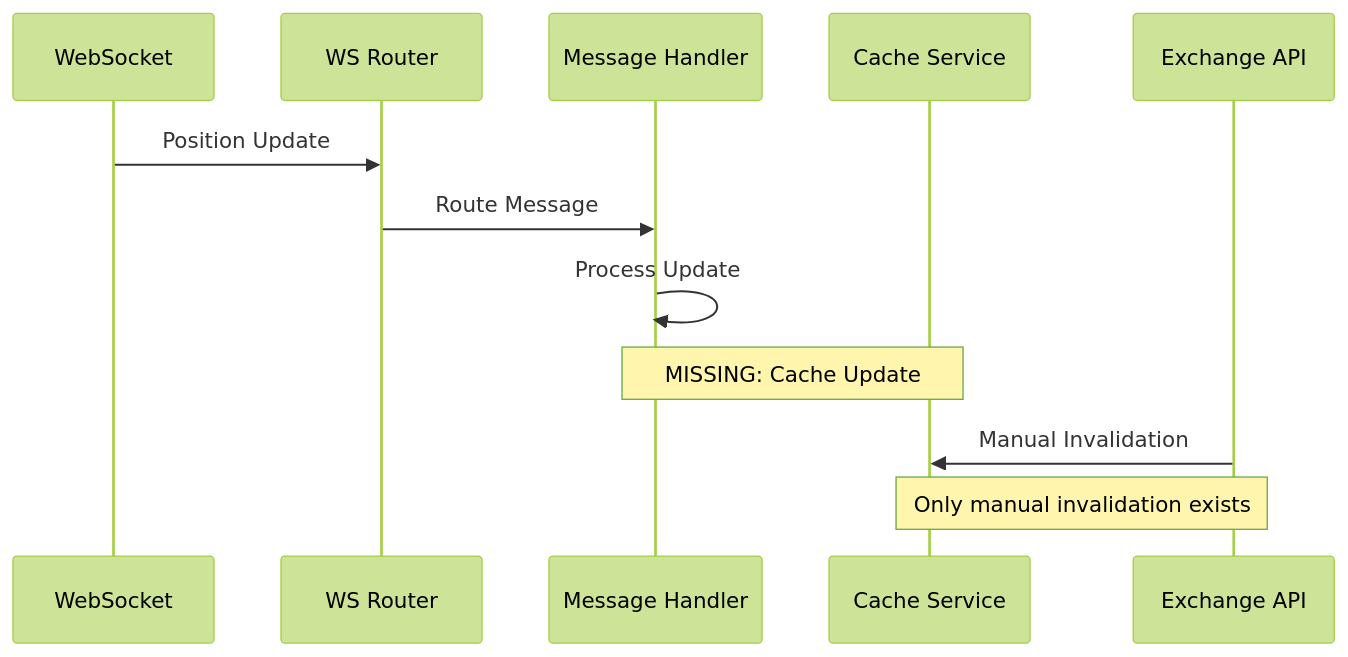
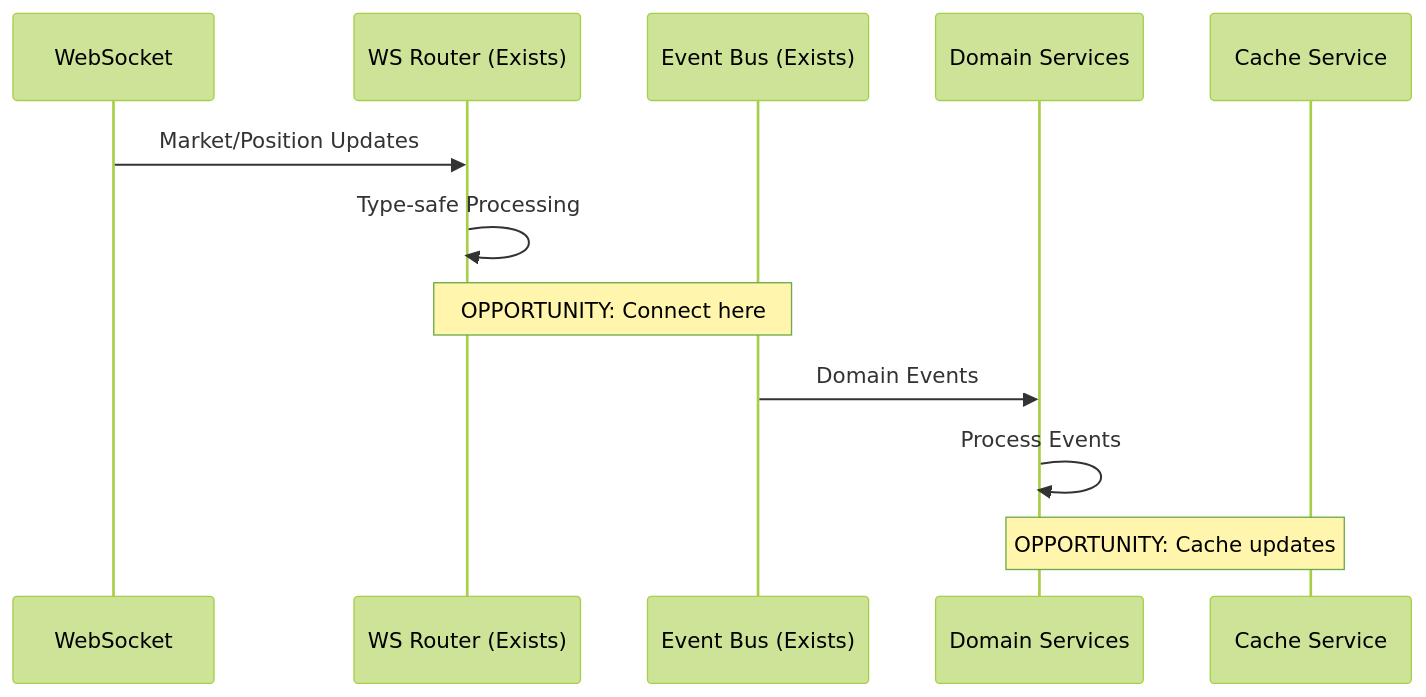
One commit to plataplomo/hummingbot changed the fifth of 11 diagrams in workflow/cache_refactor/01_first_look.md. Above: the diagram before and after it, drawn with Mermaid (forest theme). The commit also changed other lines of this file and 3 other files, not shown here.

Commit message:
docs: Update cache architecture documents to reflect enhancements and simplifications in event-driven integration strategy

````diff
--- a/workflow/cache_refactor/01_first_look.md
+++ b/workflow/cache_refactor/01_first_look.md
@@ -168,16 +174,16 @@
 ```mermaid
 sequenceDiagram
     participant WS as WebSocket
-    participant Router as WS Router
-    participant Handler as Message Handler
+    participant Router as WS Router (Exists)
+    participant EventBus as Event Bus (Exists)
+    participant Handler as Domain Services
     participant Cache as Cache Service
-    participant API as Exchange API
 
-    WS->>Router: Position Update
-    Router->>Handler: Route Message
-    Handler->>Handler: Process Update
-    Note over Handler,Cache: MISSING: Cache Update
+    WS->>Router: Market/Position Updates
+    Router->>Router: Type-safe Processing
+    Note over Router,EventBus: OPPORTUNITY: Connect here
 
-    API->>Cache: Manual Invalidation
-    Note over API,Cache: Only manual invalidation exists
+    EventBus->>Handler: Domain Events
+    Handler->>Handler: Process Events
+    Note over Handler,Cache: OPPORTUNITY: Cache updates
 ```
````
